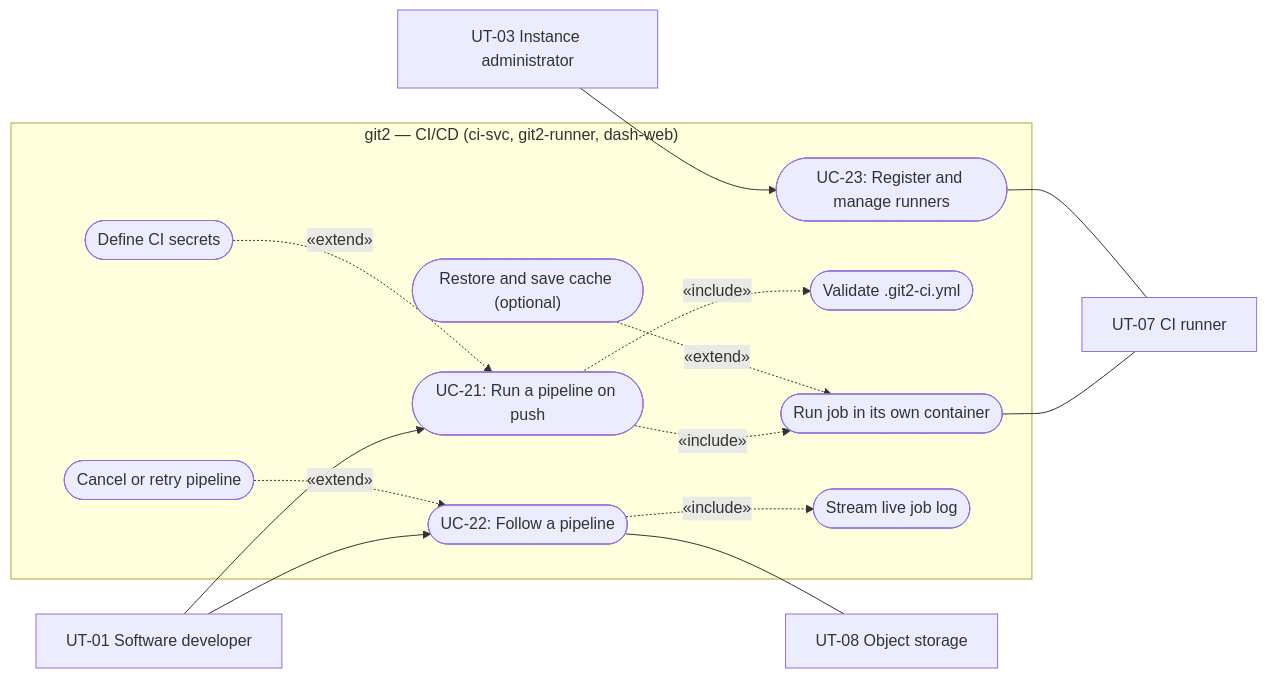
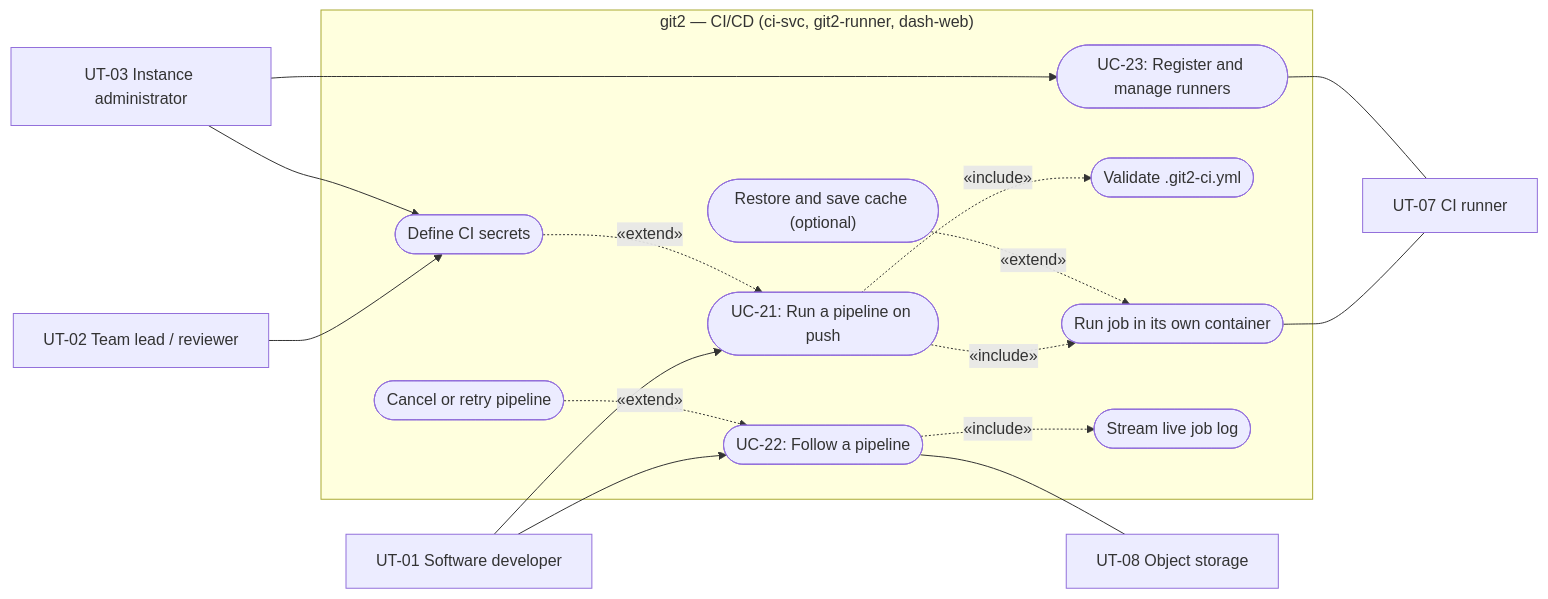
Before and after one commit to git2-project/git2: the seventh of 13 diagrams in docs/project_docs/to_customer/RequirementsSpecification.md, drawn with Mermaid. The commit also changed other lines of this file and 2 other files, not shown here.

First line of the commit message:
docs(req-spec): review fixes for roles, personas, notes and diagrams

````diff
--- a/docs/project_docs/to_customer/RequirementsSpecification.md
+++ b/docs/project_docs/to_customer/RequirementsSpecification.md
@@ -790,32 +799,35 @@
 ```mermaid
 flowchart LR
     Dev["UT-01 Software developer"]
+    Lead["UT-02 Team lead / reviewer"]
     Admin["UT-03 Instance administrator"]
     Runner["UT-07 CI runner"]
     Store["UT-08 Object storage"]
 
     subgraph System["git2 — CI/CD (ci-svc, git2-runner, dash-web)"]
         UC21(["UC-21: Run a pipeline on push"])
         UC22(["UC-22: Follow a pipeline"])
         UC23(["UC-23: Register and manage runners"])
         Validate(["Validate .git2-ci.yml"])
         RunJob(["Run job in its own container"])
         Secrets(["Define CI secrets"])
         Cache(["Restore and save cache (optional)"])
         Live(["Stream live job log"])
         Retry(["Cancel or retry pipeline"])
     end
 
     Dev --> UC21
     Dev --> UC22
     Admin --> UC23
+    Lead --> Secrets
+    Admin --> Secrets
     UC21 -.->|«include»| Validate
     UC21 -.->|«include»| RunJob
     Cache -.->|«extend»| RunJob
     Secrets -.->|«extend»| UC21
     UC22 -.->|«include»| Live
     Retry -.->|«extend»| UC22
     RunJob --- Runner
     UC23 --- Runner
     UC22 --- Store
 ```
````
